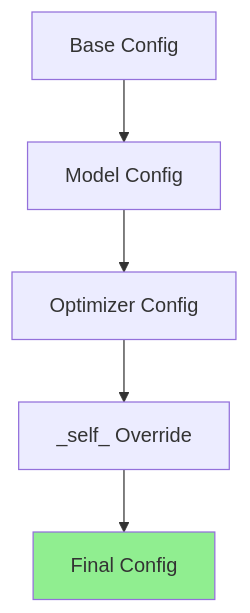
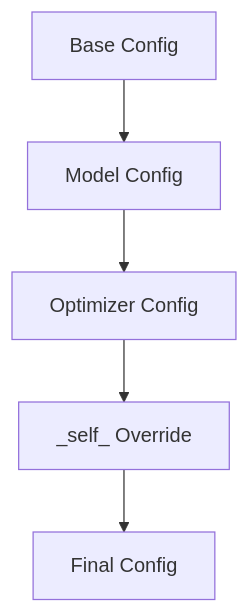
The diagram in docs/deep-learning/pytorch-lightning/03-hydra-integration/04-instantiation.mdx (SAILTECHTEAM/knowledge-base), drawn with Mermaid before and after one commit. The commit also changed 7 other files, not shown here.

````diff
--- a/docs/deep-learning/pytorch-lightning/03-hydra-integration/04-instantiation.mdx
+++ b/docs/deep-learning/pytorch-lightning/03-hydra-integration/04-instantiation.mdx
@@ -309,9 +309,8 @@
 ```mermaid
 flowchart TD
     A[Base Config] --> B[Model Config]
     B --> C[Optimizer Config]
     C --> D[_self_ Override]
     D --> E[Final Config]
     
-    style E fill:#90EE90
 ```
````
